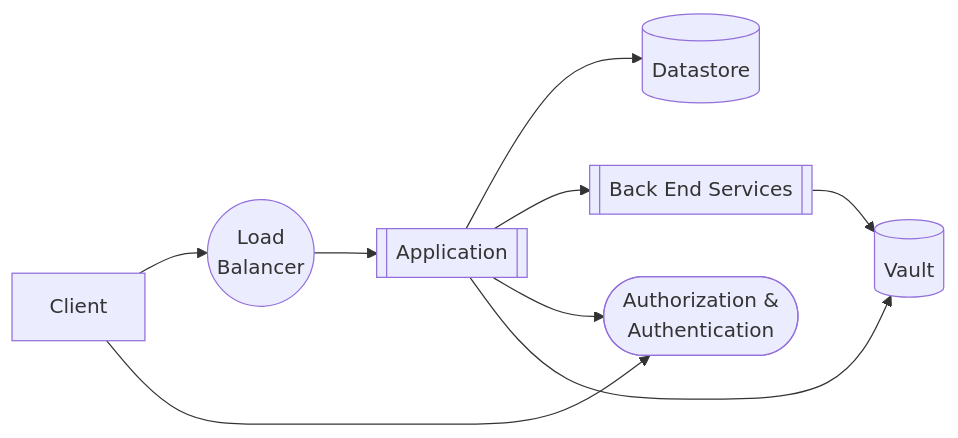
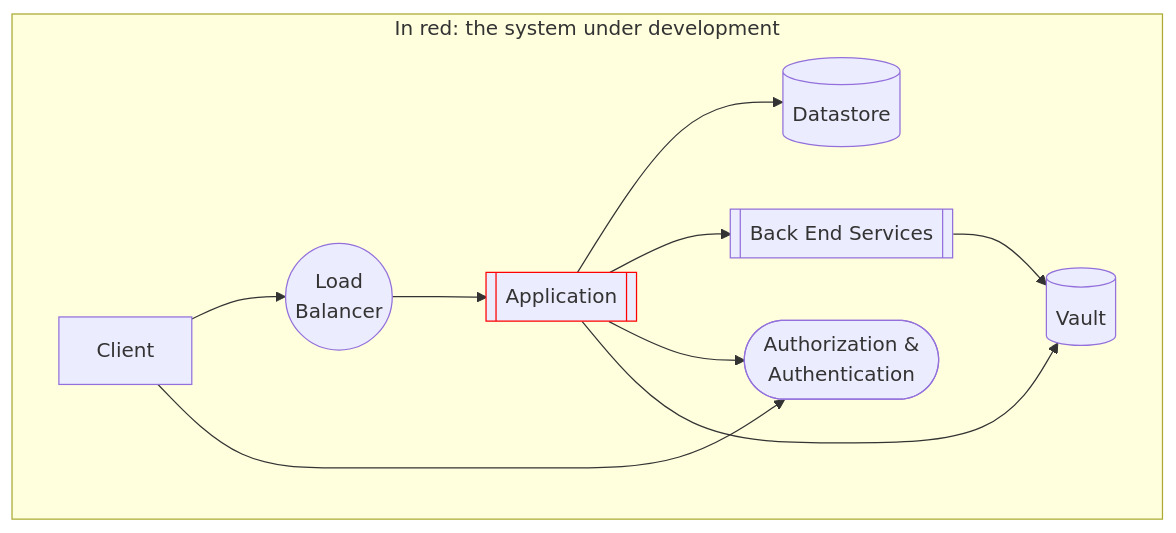
One commit to par-tec/python-cookiecutter changed the diagram in TESTING.md. Above: the diagram before and after it, drawn with Mermaid. The commit also changed 2 other files, not shown here.

Commit message:
update graph

````diff
--- a/TESTING.md
+++ b/TESTING.md
@@ -10,16 +10,22 @@
 ```mermaid
 graph LR
 
+classDef dev stroke: red
+classDef ctx stroke: lightgreen
+
+subgraph sut ["In red: the system under development"]
+direction LR
+
 load-balancer((Load\nBalancer))
-backend[[Application]]
+backend[[Application]]:::dev
 datastore[(Datastore)]
 backend-services[[Back End Services]]
 vault[(Vault)]
 authnz([Authorization &\n Authentication])
 
 Client --> load-balancer  --> backend --> datastore & backend-services
 Client & backend --> authnz
-
 backend & backend-services  --> vault
 
+end
 ```
````
